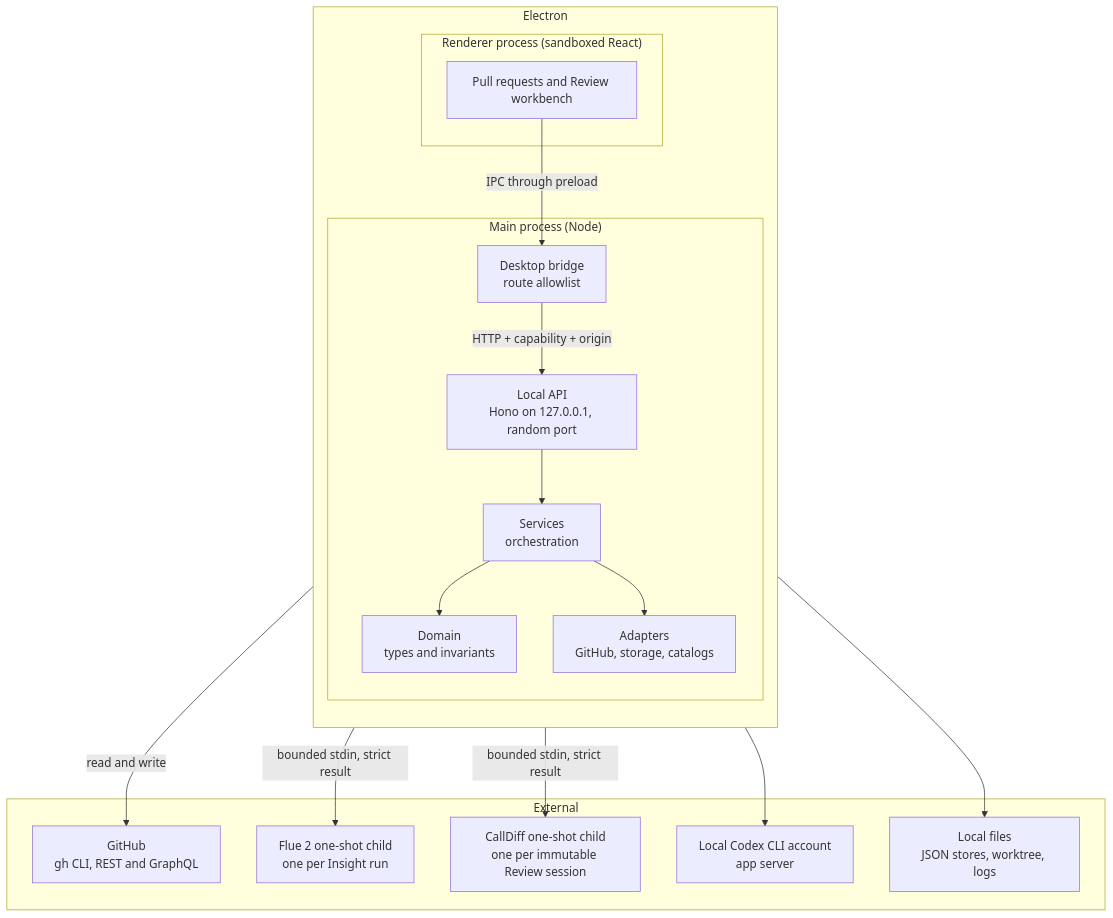
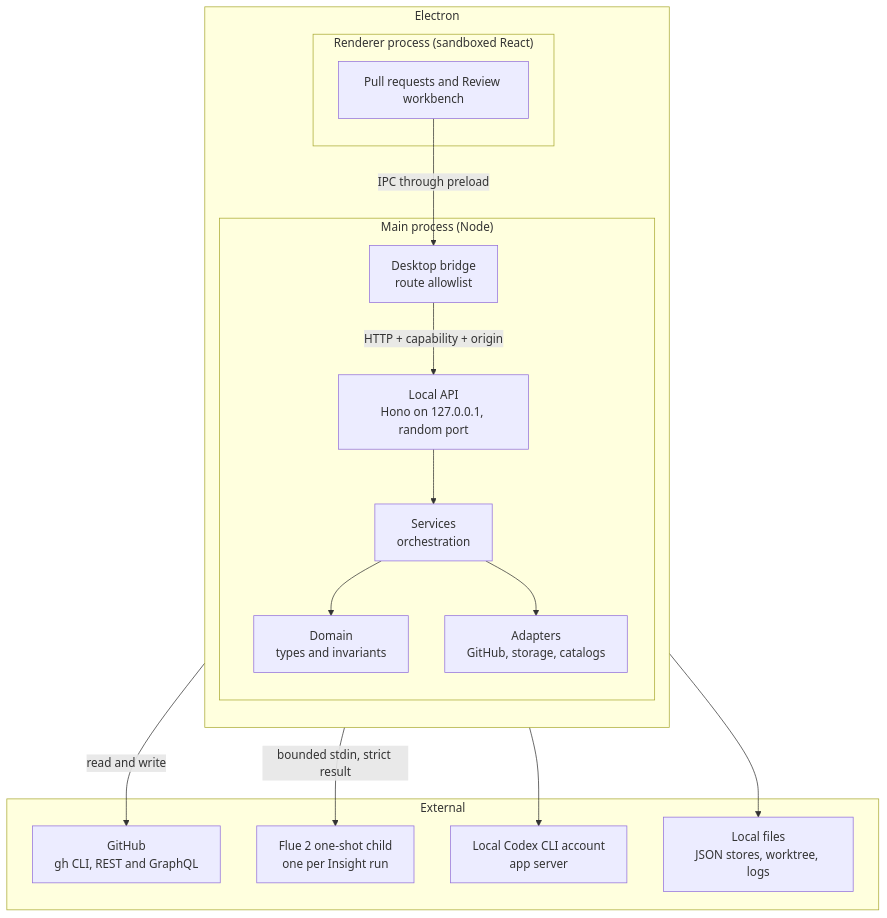
The diagram in docs/architecture.md (kwanpham2195/patchdesk), drawn with Mermaid before and after one commit. The commit also changed other lines of this file and 27 other files, not shown here.

````diff
--- a/docs/architecture.md
+++ b/docs/architecture.md
@@ -19,33 +19,31 @@
 ```mermaid
 flowchart TB
     subgraph Electron
         direction TB
         subgraph Renderer["Renderer process (sandboxed React)"]
             UI["Pull requests and Review workbench"]
         end
         subgraph Main["Main process (Node)"]
             Bridge["Desktop bridge<br/>route allowlist"]
             API["Local API<br/>Hono on 127.0.0.1, random port"]
             Services["Services<br/>orchestration"]
             Domain["Domain<br/>types and invariants"]
             Adapters["Adapters<br/>GitHub, storage, catalogs"]
         end
     end
     subgraph External["External"]
         GitHub["GitHub<br/>gh CLI, REST and GraphQL"]
         Flue["Flue 2 one-shot child<br/>one per Insight run"]
-        CallDiff["CallDiff one-shot child<br/>one per immutable Review session"]
         Codex["Local Codex CLI account<br/>app server"]
         Files["Local files<br/>JSON stores, worktree, logs"]
     end
     UI -- "IPC through preload" --> Bridge
     Bridge -- "HTTP + capability + origin" --> API
     API --> Services
     Services --> Domain
     Services --> Adapters
     Adapters -- "read and write" --> GitHub
     Adapters --> Files
     Services -- "bounded stdin, strict result" --> Flue
-    Services -- "bounded stdin, strict result" --> CallDiff
     Services --> Codex
 ```
````
